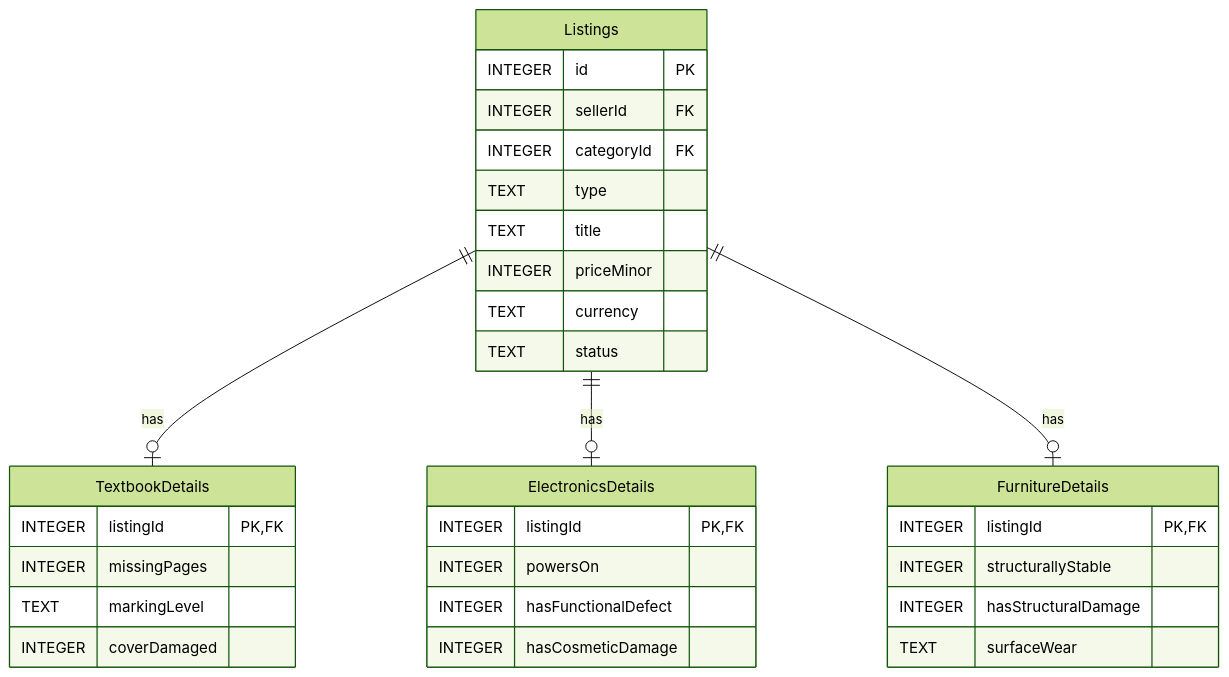
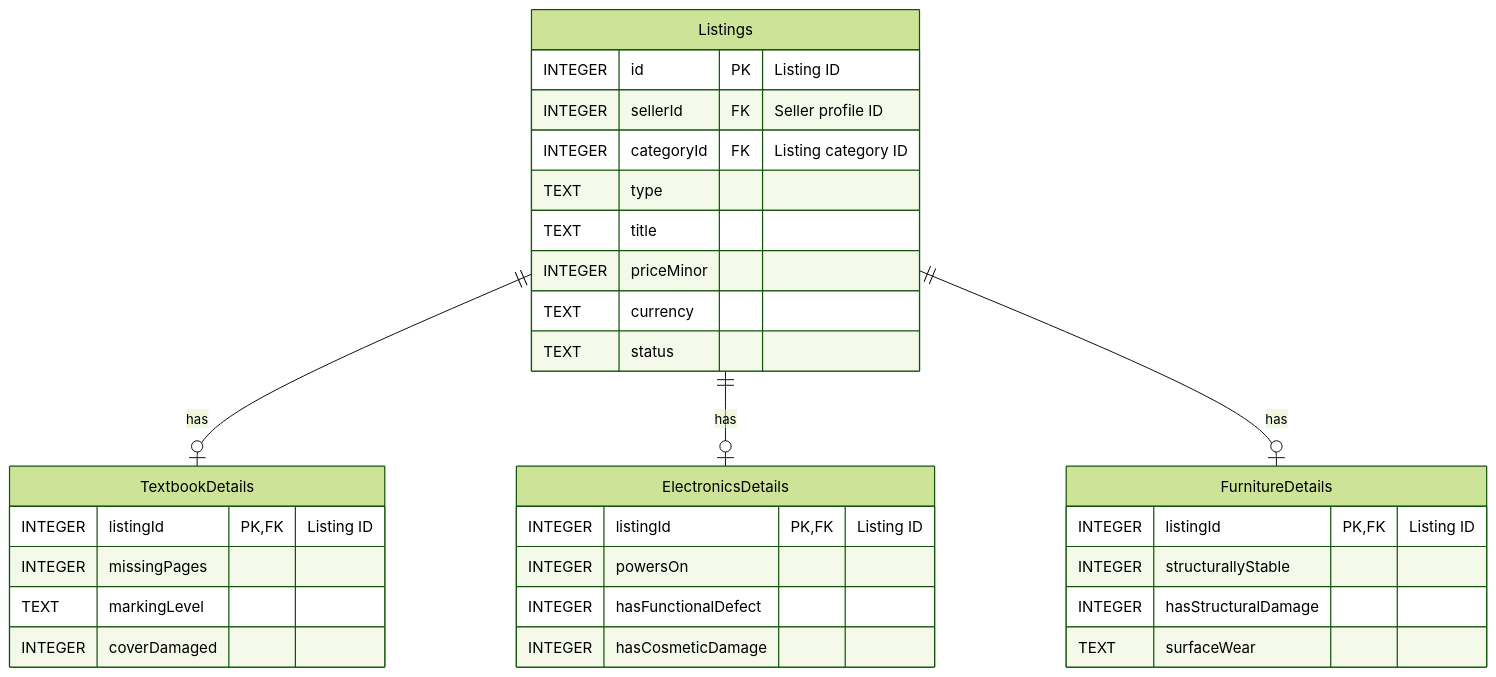
Before and after one commit to XionAce/cpe314-69323-capstone-team-01: the third of 3 diagrams in docs/design-document.md, drawn with Mermaid (forest theme). The commit also changed other lines of this file and 4 other files, not shown here.

Commit message:
docs: update project design with revised ER diagrams and page numbering

````diff
--- a/docs/design-document.md
+++ b/docs/design-document.md
@@ -235,34 +258,34 @@
 ```mermaid
 erDiagram
     Listings {
-        INTEGER id PK
-        INTEGER sellerId FK
-        INTEGER categoryId FK
+        INTEGER id PK "Listing ID"
+        INTEGER sellerId FK "Seller profile ID"
+        INTEGER categoryId FK "Listing category ID"
         TEXT type
         TEXT title
         INTEGER priceMinor
         TEXT currency
         TEXT status
     }
     TextbookDetails {
-        INTEGER listingId PK,FK
+        INTEGER listingId PK,FK "Listing ID"
         INTEGER missingPages
         TEXT markingLevel
         INTEGER coverDamaged
     }
     ElectronicsDetails {
-        INTEGER listingId PK,FK
+        INTEGER listingId PK,FK "Listing ID"
         INTEGER powersOn
         INTEGER hasFunctionalDefect
         INTEGER hasCosmeticDamage
     }
     FurnitureDetails {
-        INTEGER listingId PK,FK
+        INTEGER listingId PK,FK "Listing ID"
         INTEGER structurallyStable
         INTEGER hasStructuralDamage
         TEXT surfaceWear
     }
     Listings ||--o| TextbookDetails : has
     Listings ||--o| ElectronicsDetails : has
     Listings ||--o| FurnitureDetails : has
 ```
````
